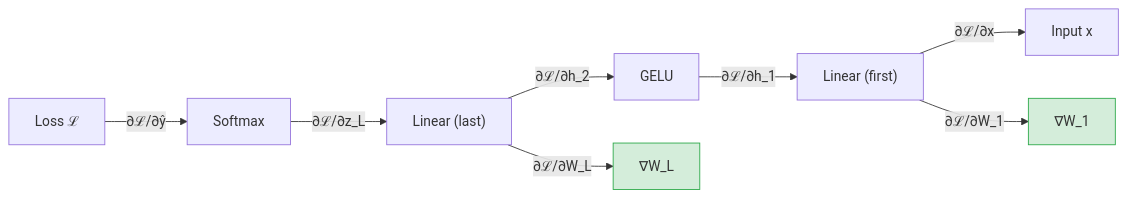
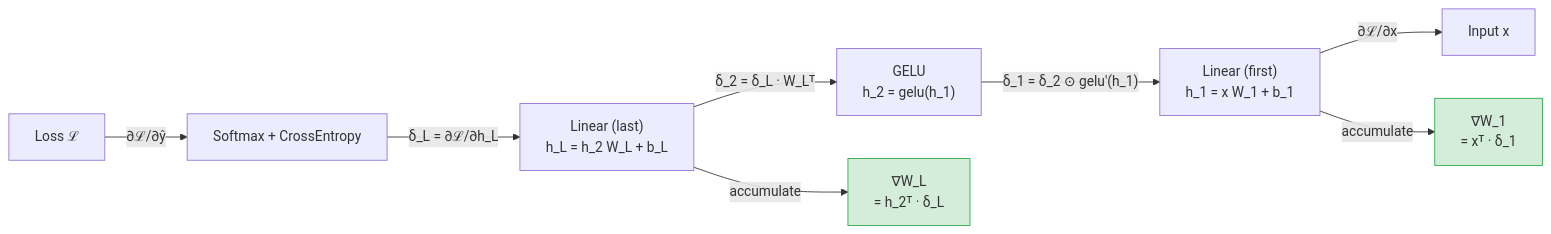
One commit to blebleblee/synapse changed the second of 7 diagrams in topics/computing/ai/vibe_coding/lesson_02_architecture_and_mechanics.md. Above: the diagram before and after it, drawn with Mermaid. The commit also changed other lines of this file and 4 other files, not shown here.

````diff
--- a/topics/computing/ai/vibe_coding/lesson_02_architecture_and_mechanics.md
+++ b/topics/computing/ai/vibe_coding/lesson_02_architecture_and_mechanics.md
@@ -195,14 +271,22 @@
 ```mermaid
 flowchart LR
-    L["Loss ℒ"] -->|"∂ℒ/∂ŷ"| Softmax["Softmax"]
-    Softmax -->|"∂ℒ/∂z_L"| LinL["Linear (last)"]
-    LinL -->|"∂ℒ/∂h_2"| Act2["GELU"]
-    Act2 -->|"∂ℒ/∂h_1"| Lin1["Linear (first)"]
-    Lin1 -->|"∂ℒ/∂x"| Input["Input x"]
+    L["Loss ℒ"]
+    SM["Softmax + CrossEntropy"]
+    LL["Linear (last)\nh_L = h_2 W_L + b_L"]
+    A2["GELU\nh_2 = gelu(h_1)"]
+    L1["Linear (first)\nh_1 = x W_1 + b_1"]
+    INP["Input x"]
+    WL["∇W_L\n= h_2ᵀ · δ_L"]
+    W1["∇W_1\n= xᵀ · δ_1"]
 
-    LinL -->|"∂ℒ/∂W_L"| WL["∇W_L"]
-    Lin1 -->|"∂ℒ/∂W_1"| W1["∇W_1"]
+    L -->|"∂ℒ/∂ŷ"| SM
+    SM -->|"δ_L = ∂ℒ/∂h_L"| LL
+    LL -->|"δ_2 = δ_L · W_Lᵀ"| A2
+    A2 -->|"δ_1 = δ_2 ⊙ gelu'(h_1)"| L1
+    L1 -->|"∂ℒ/∂x"| INP
+    LL -->|"accumulate"| WL
+    L1 -->|"accumulate"| W1
 
     style WL fill:#d4edda,stroke:#28a745
     style W1 fill:#d4edda,stroke:#28a745
 ```
````
